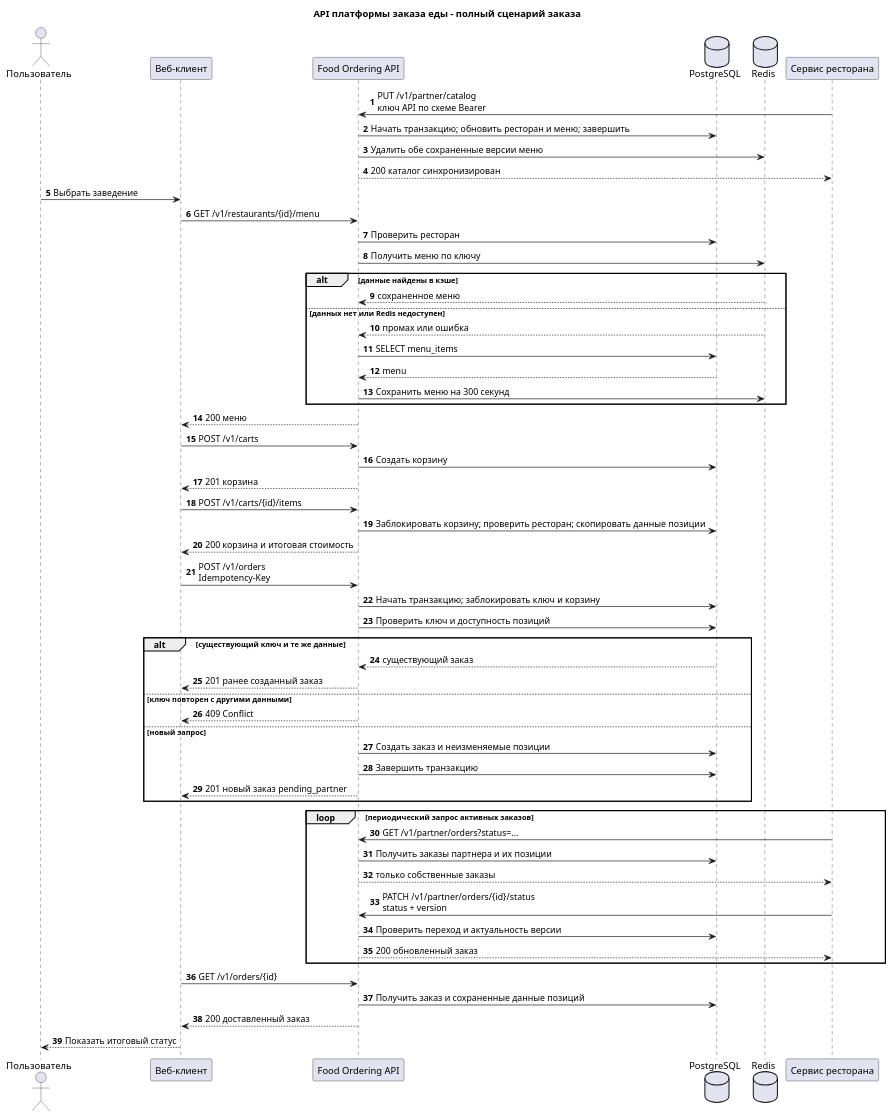
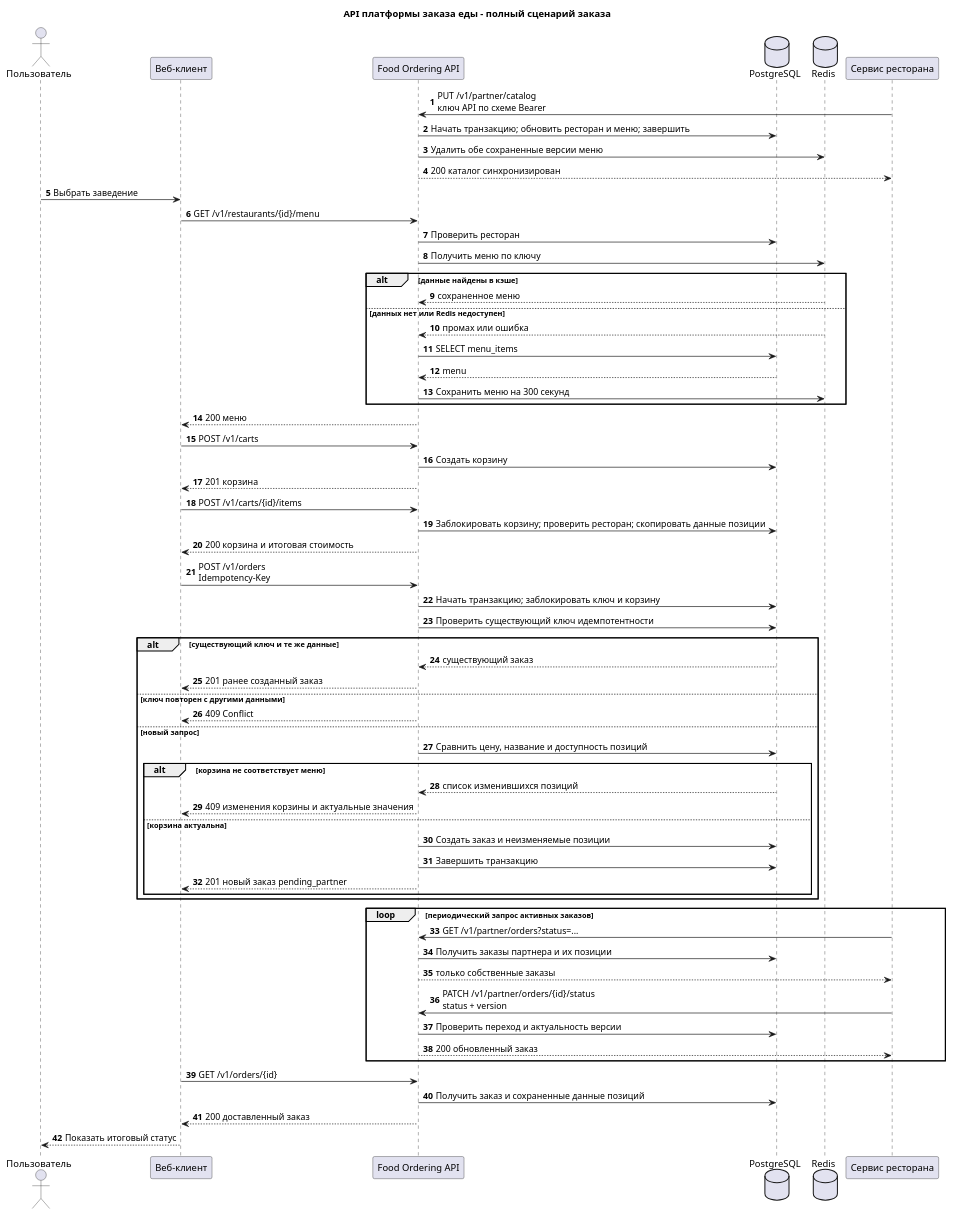
Before and after one commit to aartchik/food-ordering-api: the diagram in docs/order-sequence.puml, drawn with PlantUML. The commit also changed 10 other files, not shown here.

```diff
--- a/docs/order-sequence.puml
+++ b/docs/order-sequence.puml
@@ -1,68 +1,74 @@
 @startuml order_sequence
 title API платформы заказа еды - полный сценарий заказа
 
 skinparam shadowing false
 autonumber
 
 actor Пользователь as user
 participant "Веб-клиент" as web
 participant "Food Ordering API" as api
 database PostgreSQL as db
 database Redis as redis
 participant "Сервис ресторана" as restaurant
 
 restaurant -> api : PUT /v1/partner/catalog\nключ API по схеме Bearer
 api -> db : Начать транзакцию; обновить ресторан и меню; завершить
 api -> redis : Удалить обе сохраненные версии меню
 api --> restaurant : 200 каталог синхронизирован
 
 user -> web : Выбрать заведение
 web -> api : GET /v1/restaurants/{id}/menu
 api -> db : Проверить ресторан
 api -> redis : Получить меню по ключу
 alt данные найдены в кэше
   redis --> api : сохраненное меню
 else данных нет или Redis недоступен
   redis --> api : промах или ошибка
   api -> db : SELECT menu_items
   db --> api : menu
   api -> redis : Сохранить меню на 300 секунд
 end
 api --> web : 200 меню
 
 web -> api : POST /v1/carts
 api -> db : Создать корзину
 api --> web : 201 корзина
 web -> api : POST /v1/carts/{id}/items
 api -> db : Заблокировать корзину; проверить ресторан; скопировать данные позиции
 api --> web : 200 корзина и итоговая стоимость
 
 web -> api : POST /v1/orders\nIdempotency-Key
 api -> db : Начать транзакцию; заблокировать ключ и корзину
-api -> db : Проверить ключ и доступность позиций
+api -> db : Проверить существующий ключ идемпотентности
 alt существующий ключ и те же данные
   db --> api : существующий заказ
   api --> web : 201 ранее созданный заказ
 else ключ повторен с другими данными
   api --> web : 409 Conflict
 else новый запрос
-  api -> db : Создать заказ и неизменяемые позиции
-  api -> db : Завершить транзакцию
-  api --> web : 201 новый заказ pending_partner
+  api -> db : Сравнить цену, название и доступность позиций
+  alt корзина не соответствует меню
+    db --> api : список изменившихся позиций
+    api --> web : 409 изменения корзины и актуальные значения
+  else корзина актуальна
+    api -> db : Создать заказ и неизменяемые позиции
+    api -> db : Завершить транзакцию
+    api --> web : 201 новый заказ pending_partner
+  end
 end
 
 loop периодический запрос активных заказов
   restaurant -> api : GET /v1/partner/orders?status=...
   api -> db : Получить заказы партнера и их позиции
   api --> restaurant : только собственные заказы
   restaurant -> api : PATCH /v1/partner/orders/{id}/status\nstatus + version
   api -> db : Проверить переход и актуальность версии
   api --> restaurant : 200 обновленный заказ
 end
 
 web -> api : GET /v1/orders/{id}
 api -> db : Получить заказ и сохраненные данные позиций
 api --> web : 200 доставленный заказ
 web --> user : Показать итоговый статус
 
 @enduml
```
